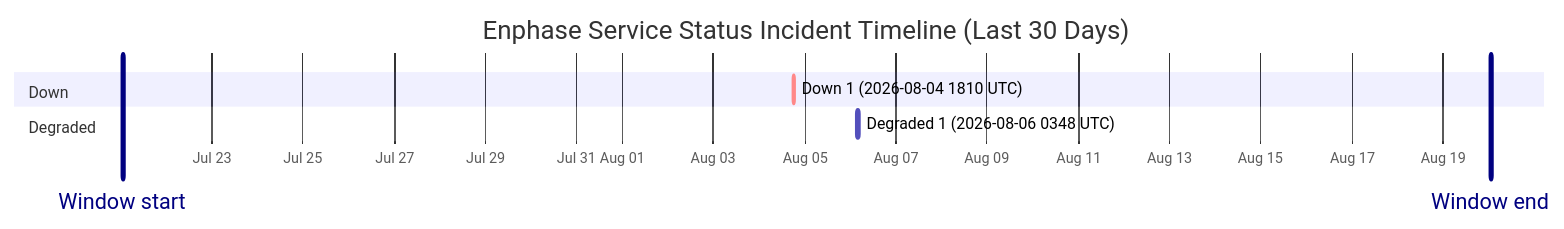
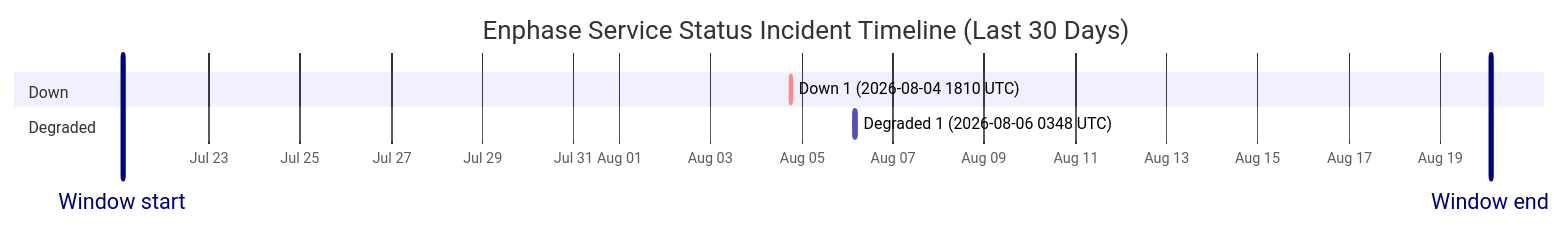
Before and after one commit to barneyonline/ha-enphase-energy: the diagram in wiki/Service-Status-History.md, drawn with Mermaid. The commit also changed other lines of this file and 3 other files, not shown here.

````diff
--- a/wiki/Service-Status-History.md
+++ b/wiki/Service-Status-History.md
@@ -14,12 +14,12 @@
 ```mermaid
 gantt
     title Enphase Service Status Incident Timeline (Last 30 Days)
     dateFormat  YYYY-MM-DDTHH:mm:ss
     axisFormat  %b %d
-    Window start :vert, window-start, 2026-07-21T01:07:16, 0ms
-    Window end :vert, window-end, 2026-08-20T01:07:16, 0ms
+    Window start :vert, window-start, 2026-07-21T02:36:13, 0ms
+    Window end :vert, window-end, 2026-08-20T02:36:13, 0ms
     section Down
     Down 1 (2026-08-04 1810 UTC) :crit, down-1, 2026-08-04T18:10:46, 60m
     section Degraded
     Degraded 1 (2026-08-06 0348 UTC) :active, degraded-1, 2026-08-06T03:48:14, 60m
 ```
````
